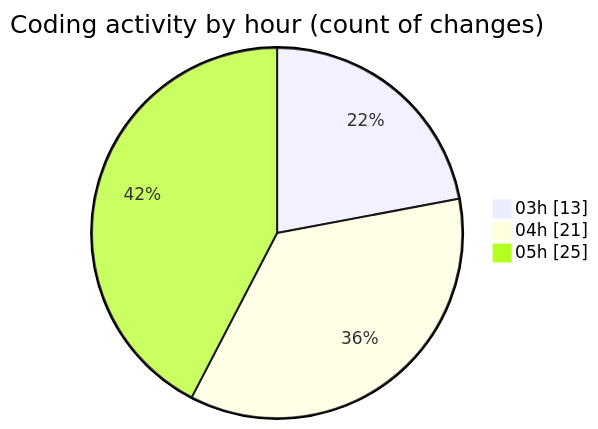
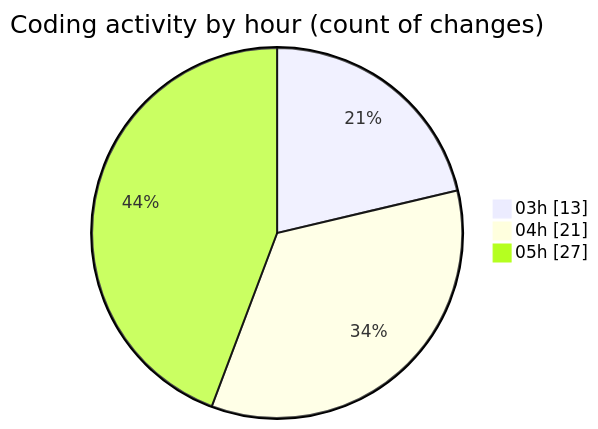
Before and after one commit to shibass792/code-tracking: the second of 2 diagrams in 2026-07-15/shibass-ai/README.md, drawn with Mermaid. The commit also changed other lines of this file and 1 other file, not shown here.

````diff
--- a/2026-07-15/shibass-ai/README.md
+++ b/2026-07-15/shibass-ai/README.md
@@ -42,7 +42,7 @@
 ```mermaid
 pie showData
 title Coding activity by hour (count of changes)
 "03h" : 13
 "04h" : 21
-"05h" : 25
+"05h" : 27
 ```
````
